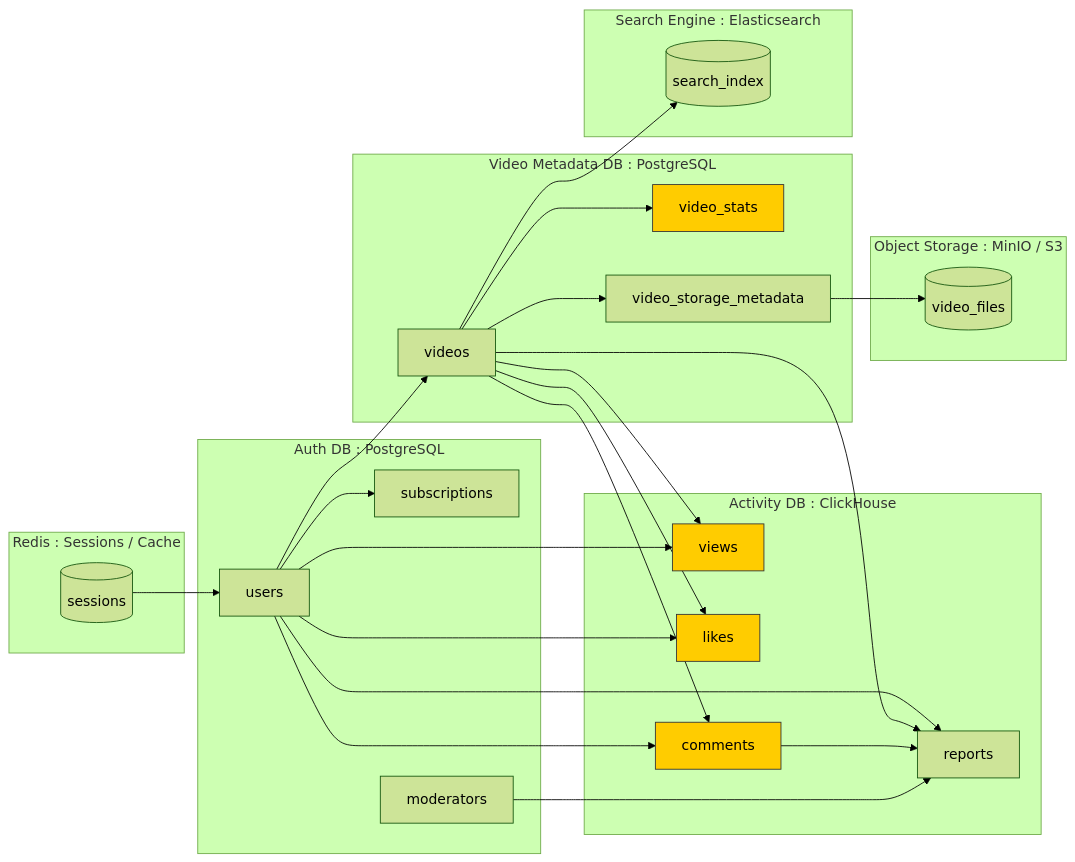
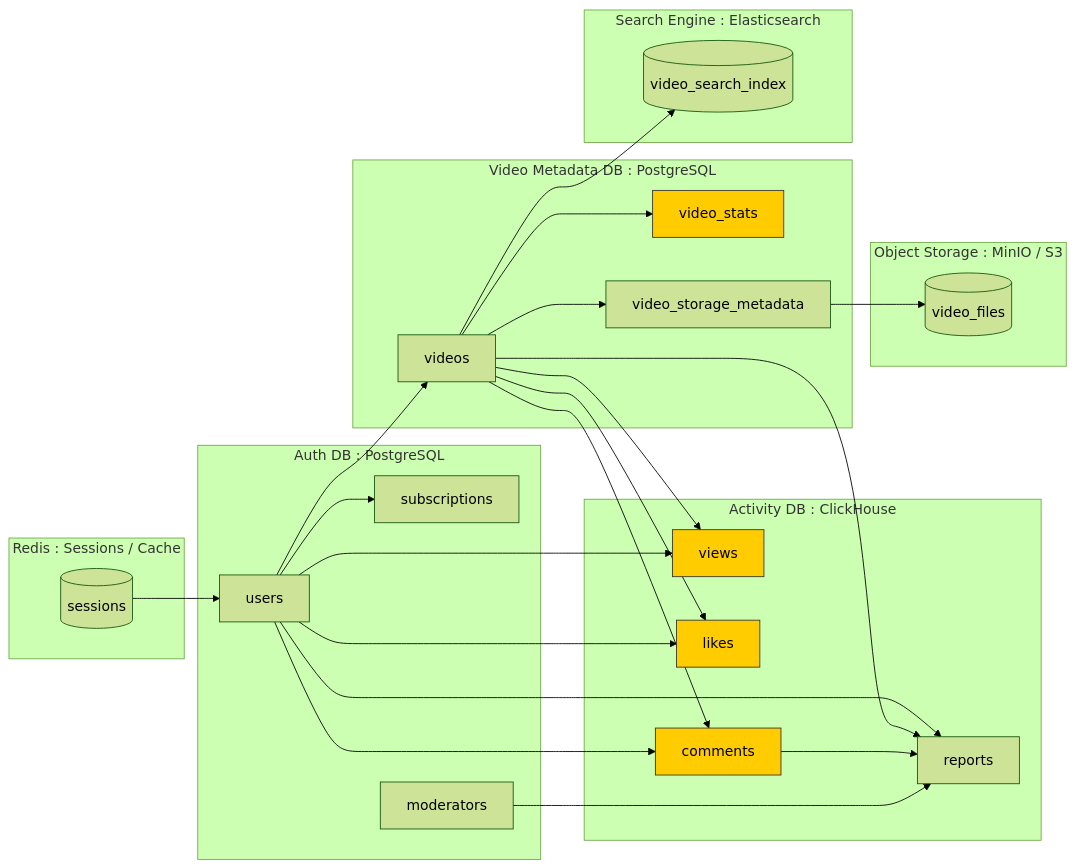
Before and after one commit to SH1SH4/VK-Education-Highload: the second of 2 diagrams in README.md, drawn with Mermaid (forest theme). The commit also changed other lines of this file, not shown here.

````diff
--- a/README.md
+++ b/README.md
@@ -278,61 +313,61 @@
 ```mermaid
-
 graph LR
 
 subgraph PostgreSQL_Auth["Auth DB : PostgreSQL"]
     U[users]
     SUB[subscriptions]
     M[moderators]
 end
 
 subgraph PostgreSQL_Video["Video Metadata DB : PostgreSQL"]
     V[videos]
     VS[video_stats]
     VST[video_storage_metadata]
 end
 
 subgraph ClickHouse["Activity DB : ClickHouse"]
     VW[views]
     L[likes]
     C[comments]
     R[reports]
 end
 
 subgraph Redis["Redis : Sessions / Cache"]
     S[(sessions)]
 end
 
 subgraph MinIO["Object Storage : MinIO / S3"]
     OBJ[(video_files)]
 end
 
 subgraph Elasticsearch["Search Engine : Elasticsearch"]
-    SI[(search_index)]
+    SI[(video_search_index)]
 end
 
+%% Relations
 U --> V
 U --> VW
 U --> L
 U --> C
 U --> SUB
 U --> R
 V --> VW
 V --> L
 V --> C
 V --> VS
 V --> R
 V --> VST
 V --> SI
 VST --> OBJ
 C --> R
 M --> R
 S --> U
 
 classDef shard fill:#ffcc00,stroke:#333,stroke-width:1px,color:#000
 VW:::shard
 L:::shard
 C:::shard
 VS:::shard
 
 
 ```
````
